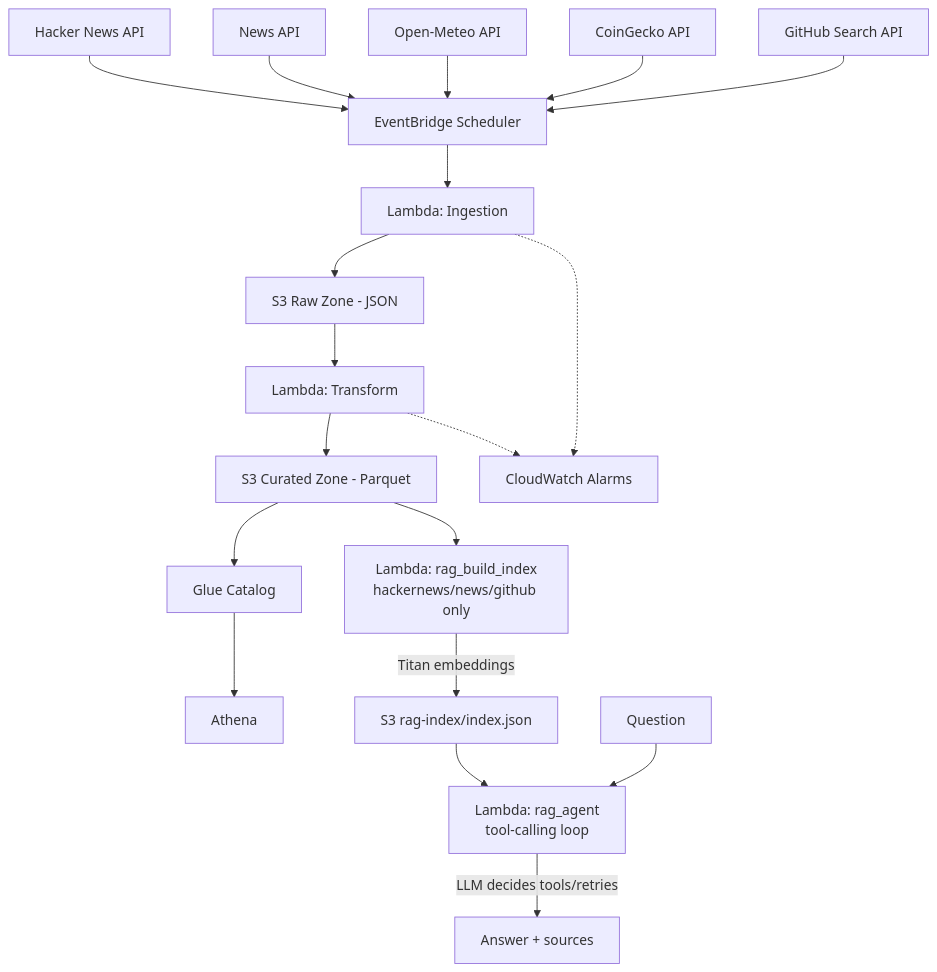
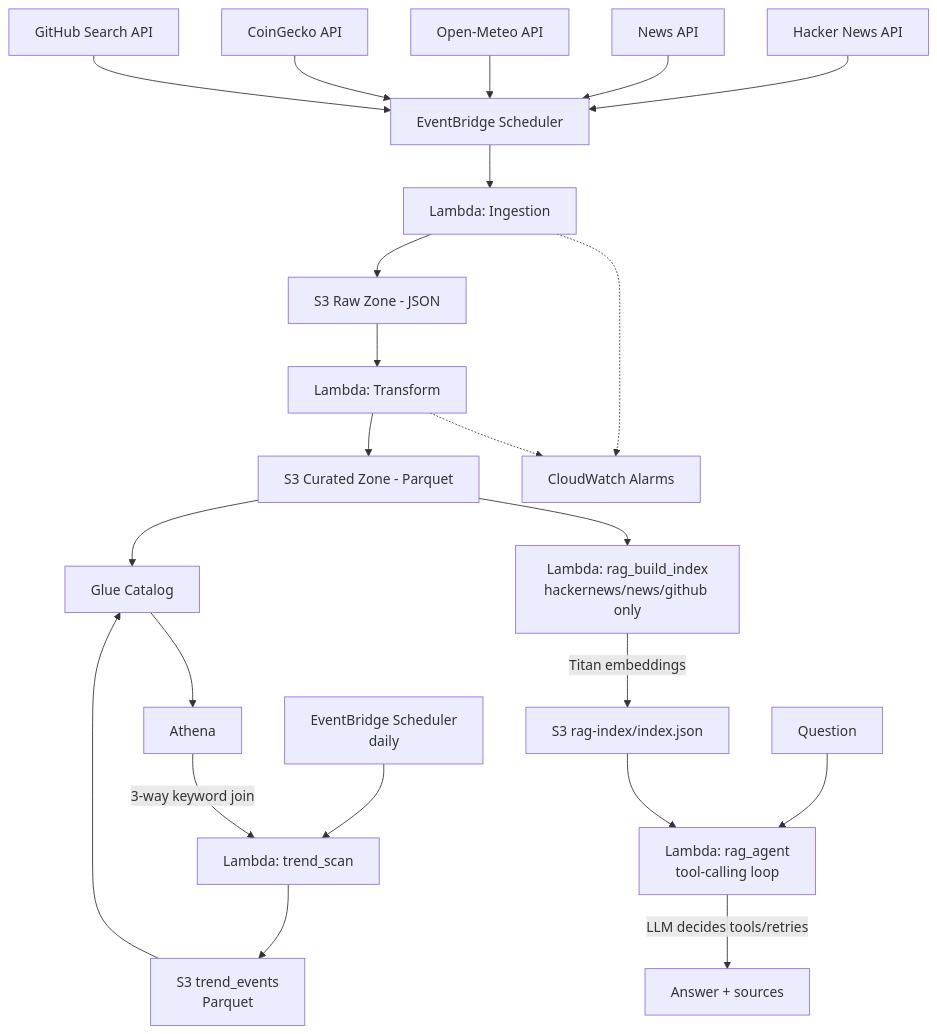
One commit to coderuit3k/realtime-data-pipeline changed the diagram in README.md. Above: the diagram before and after it, drawn with Mermaid. The commit also changed other lines of this file, not shown here.

Commit message:
docs: document the trend_scan Lambda and /trends page

````diff
--- a/README.md
+++ b/README.md
@@ -12,23 +12,28 @@
 ```mermaid
 flowchart TD
     A[Hacker News API] --> C[EventBridge Scheduler]
     B[News API] --> C
     W[Open-Meteo API] --> C
     P[CoinGecko API] --> C
     GH[GitHub Search API] --> C
     C --> D[Lambda: Ingestion]
     D --> E[S3 Raw Zone - JSON]
     E --> F[Lambda: Transform]
     F --> G[S3 Curated Zone - Parquet]
     G --> H[Glue Catalog]
     H --> I[Athena]
     D -.-> J[CloudWatch Alarms]
     F -.-> J
 
     G --> K[Lambda: rag_build_index<br/>hackernews/news/github only]
     K -->|Titan embeddings| L[S3 rag-index/index.json]
 
     Q[Question] --> AG[Lambda: rag_agent<br/>tool-calling loop]
     L --> AG
     AG -->|LLM decides tools/retries| R2[Answer + sources]
+
+    T[EventBridge Scheduler<br/>daily] --> TS[Lambda: trend_scan]
+    I -->|3-way keyword join| TS
+    TS --> TE[S3 trend_events<br/>Parquet]
+    TE --> H
 ```
````
